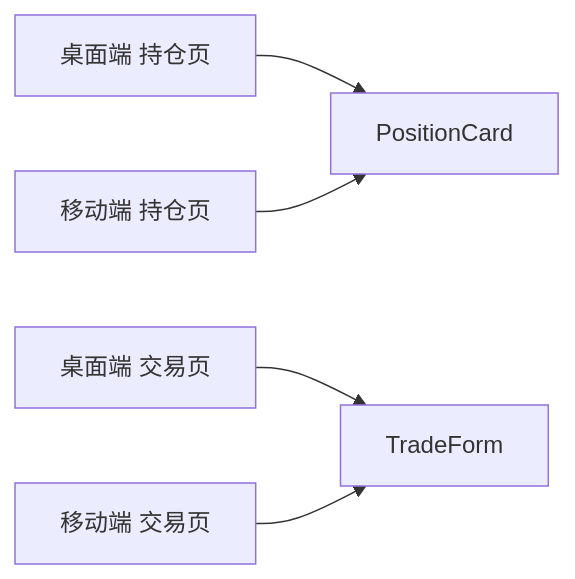
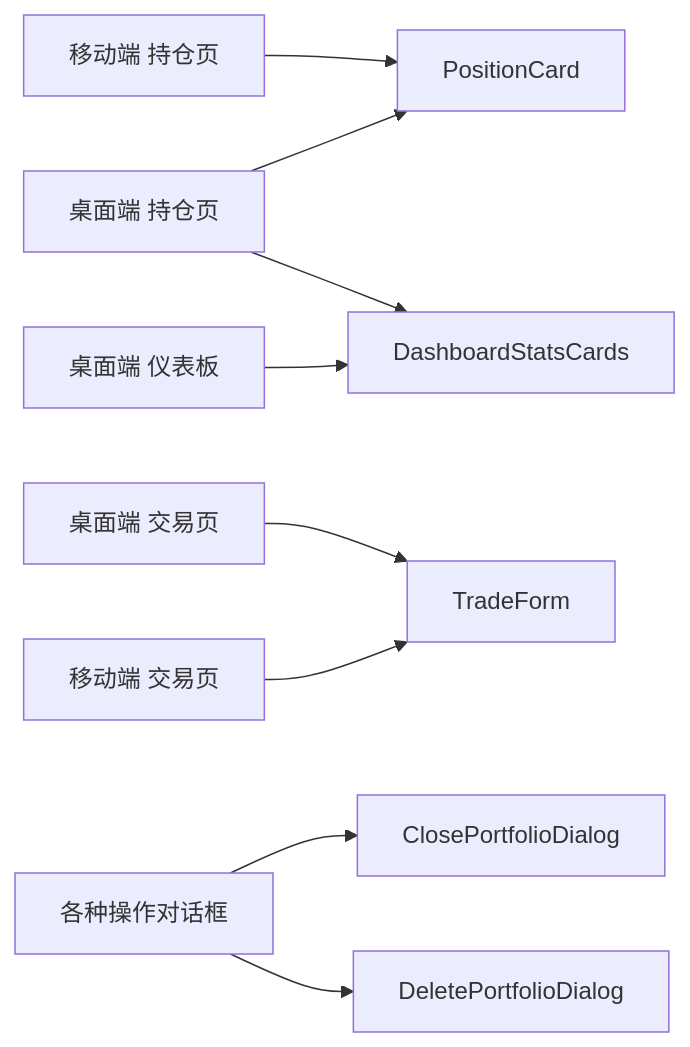
Before and after one commit to gujialind/InvestRing: the seventh of 11 diagrams in .qoder/repowiki/zh/content/前端应用架构/组件系统架构/共享组件.md, drawn with Mermaid. The commit also changed other lines of this file and 39 other files, not shown here.

````diff
--- a/.qoder/repowiki/zh/content/前端应用架构/组件系统架构/共享组件.md
+++ b/.qoder/repowiki/zh/content/前端应用架构/组件系统架构/共享组件.md
@@ -206,7 +326,11 @@
 ```mermaid
 graph LR
 PDesk["桌面端 持仓页"] --> PC["PositionCard"]
 TDesk["桌面端 交易页"] --> TF["TradeForm"]
+DBoard["桌面端 仪表板"] --> DSC["DashboardStatsCards"]
+PDesk --> DSC
 PMob["移动端 持仓页"] --> PC
 TMob["移动端 交易页"] --> TF
+Dialog["各种操作对话框"] --> CPD["ClosePortfolioDialog"]
+Dialog --> DPD["DeletePortfolioDialog"]
 ```
````
